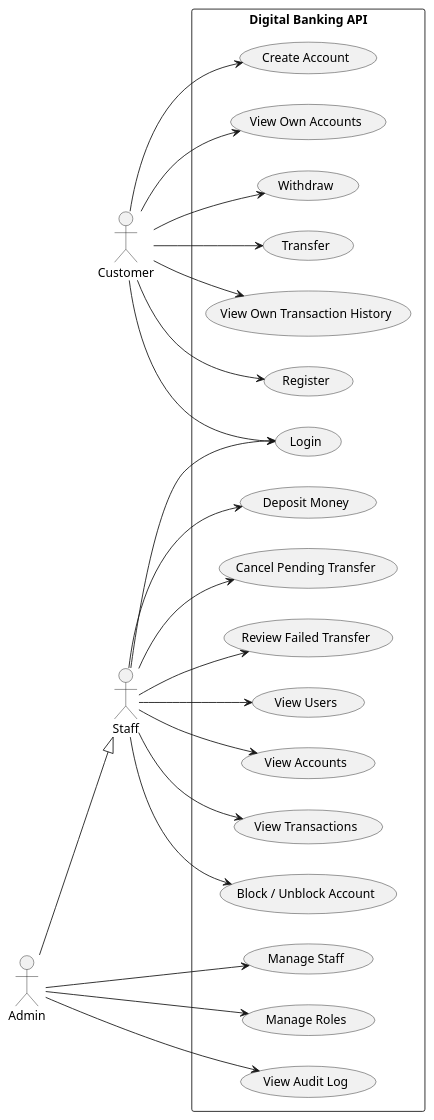
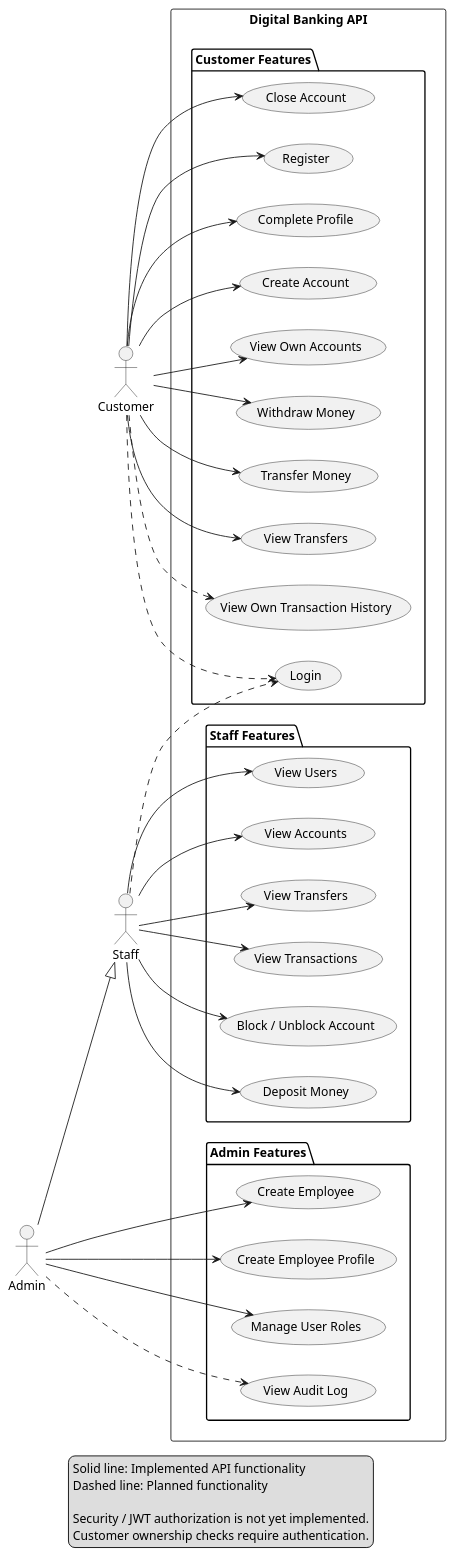
One commit to Dare2510/Digital-Banking-API changed the diagram in docs/use-cases/use-case.puml. Above: the diagram before and after it, drawn with PlantUML. The commit also changed other lines of this file and 17 other files, not shown here.

```diff
--- a/docs/use-cases/use-case.puml
+++ b/docs/use-cases/use-case.puml
@@ -1,56 +2,79 @@
 @startuml
 left to right direction
 
 actor "Customer" as customer
 actor "Staff" as staff
 actor "Admin" as admin
 
 admin --|> staff
 
-rectangle "Digital Banking API"{
+rectangle "Digital Banking API" {
 
-    usecase "Register" as UC1
-    usecase "Login" as UC2
-    usecase "Create Account" as UC3
-    usecase "View Own Accounts" as UC4
-    usecase "Withdraw" as UC5
-    usecase "Transfer" as UC6
-    usecase "View Own Transaction History" as UC7
+    package "Customer Features" {
+        usecase "Register" as UC1
+        usecase "Login" as UC2
+        usecase "Complete Profile" as UC3
+        usecase "Create Account" as UC4
+        usecase "View Own Accounts" as UC5
+        usecase "Withdraw Money" as UC6
+        usecase "Transfer Money" as UC7
+        usecase "View Transfers" as UC8
+        usecase "View Own Transaction History" as UC9
+        usecase "Close Account" as UC10
+    }
 
-    usecase "View Users" as UC8
-    usecase "View Accounts" as UC9
-    usecase "View Transactions" as UC10
-    usecase "Block / Unblock Account" as UC11
-    usecase "Deposit Money" as UC12
-    usecase "Cancel Pending Transfer" as UC13
-    usecase "Review Failed Transfer" as UC14
+    package "Staff Features" {
+        usecase "View Users" as UC11
+        usecase "View Accounts" as UC12
+        usecase "View Transfers" as UC13
+        usecase "View Transactions" as UC14
+        usecase "Block / Unblock Account" as UC15
+        usecase "Deposit Money" as UC16
+    }
 
-
-    usecase "Manage Staff" as UC15
-    usecase "Manage Roles" as UC16
-    usecase "View Audit Log" as UC17
-
+    package "Admin Features" {
+        usecase "Create Employee" as UC17
+        usecase "Create Employee Profile" as UC18
+        usecase "Manage User Roles" as UC19
+        usecase "View Audit Log" as UC20
+    }
 }
 
+' Implemented API features
+
 customer --> UC1
-customer --> UC2
 customer --> UC3
 customer --> UC4
 customer --> UC5
 customer --> UC6
 customer --> UC7
+customer --> UC8
+customer --> UC10
 
-staff --> UC2
-staff --> UC8
-staff --> UC9
-staff --> UC10
 staff --> UC11
 staff --> UC12
 staff --> UC13
 staff --> UC14
+staff --> UC15
+staff --> UC16
 
-admin --> UC15
-admin --> UC16
 admin --> UC17
+admin --> UC18
+admin --> UC19
+
+' Planned features
+
+customer ..> UC2
+staff ..> UC2
+customer ..> UC9
+admin ..> UC20
+
+legend bottom
+  Solid line: Implemented API functionality
+  Dashed line: Planned functionality
+
+  Security / JWT authorization is not yet implemented.
+  Customer ownership checks require authentication.
+endlegend
 
 @enduml
```
